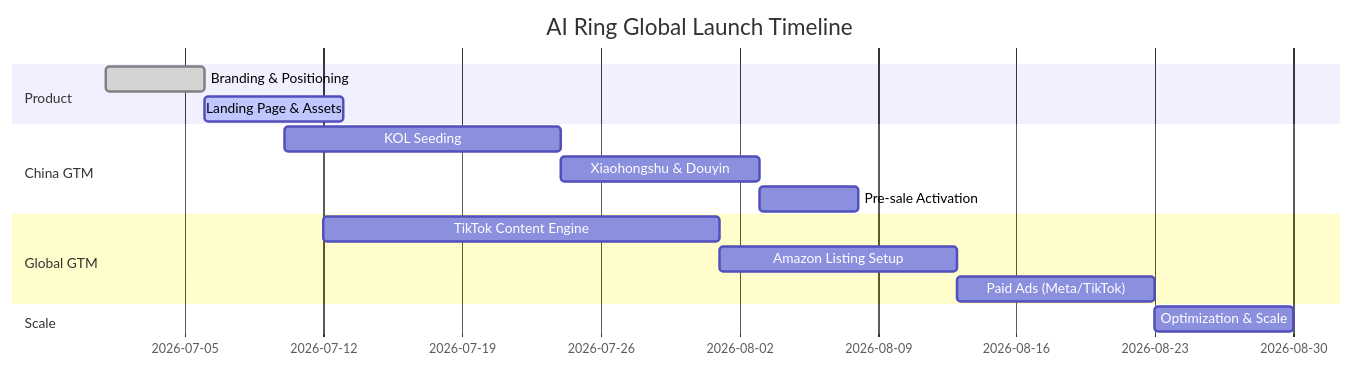
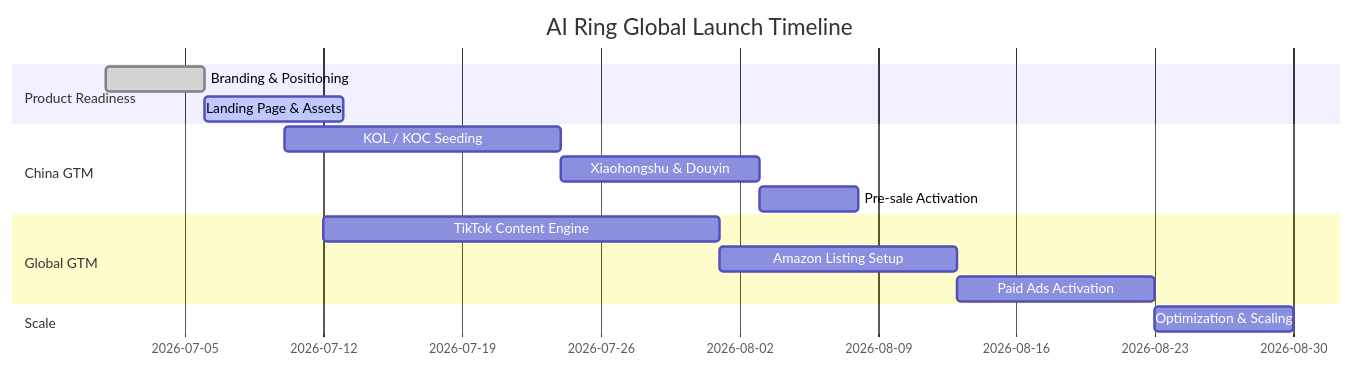
The diagram in README.md (xuexuexueyunzhou2/AI-Ring-Launch-OS), drawn with Mermaid before and after one commit. The commit also changed other lines of this file, not shown here.

````diff
--- a/README.md
+++ b/README.md
@@ -61,22 +63,22 @@
 ```mermaid
 gantt
     title AI Ring Global Launch Timeline
     dateFormat  YYYY-MM-DD
 
-    section Product
+    section Product Readiness
     Branding & Positioning     :done, p1, 2026-07-01, 5d
     Landing Page & Assets      :active, p2, after p1, 7d
 
     section China GTM
-    KOL Seeding                :c1, 2026-07-10, 14d
-    Xiaohongshu & Douyin      :c2, after c1, 10d
+    KOL / KOC Seeding          :c1, 2026-07-10, 14d
+    Xiaohongshu & Douyin       :c2, after c1, 10d
     Pre-sale Activation        :c3, after c2, 5d
 
     section Global GTM
     TikTok Content Engine      :g1, 2026-07-12, 20d
     Amazon Listing Setup       :g2, after g1, 12d
-    Paid Ads (Meta/TikTok)     :g3, after g2, 10d
+    Paid Ads Activation        :g3, after g2, 10d
 
     section Scale
-    Optimization & Scale       :s1, after g3, 7d
+    Optimization & Scaling     :s1, after g3, 7d
 ```
````
